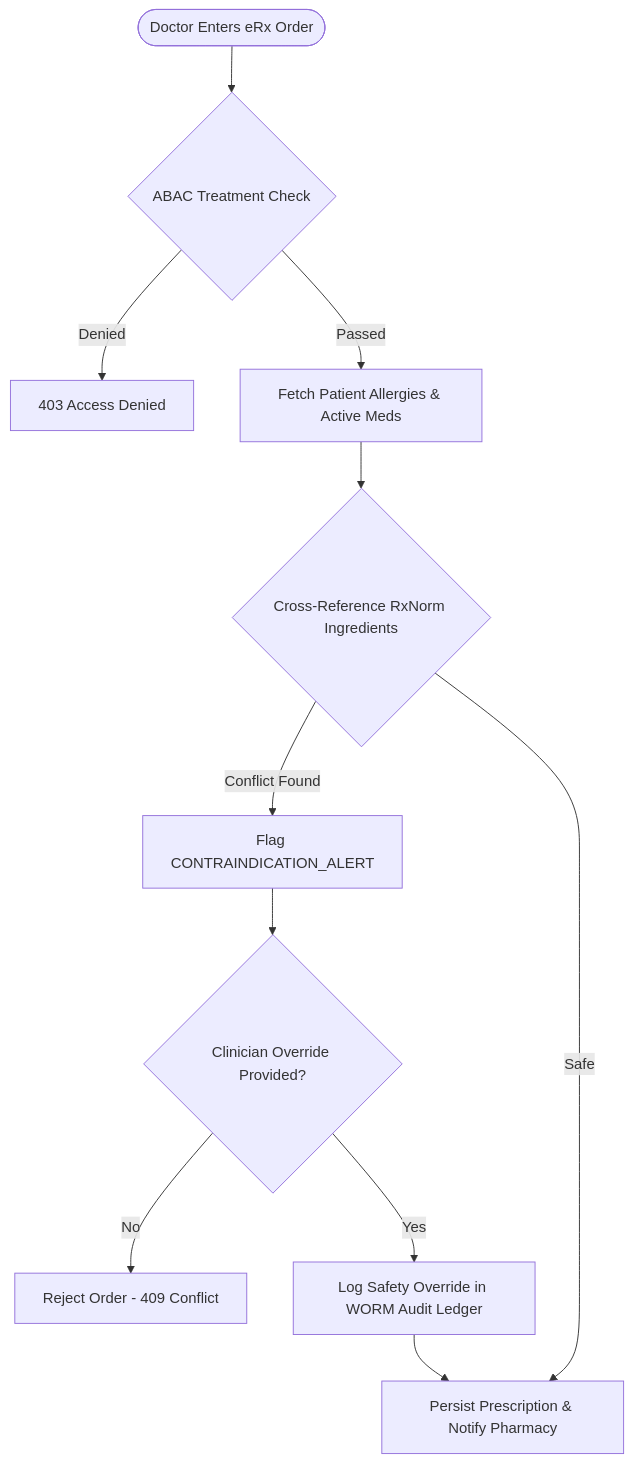
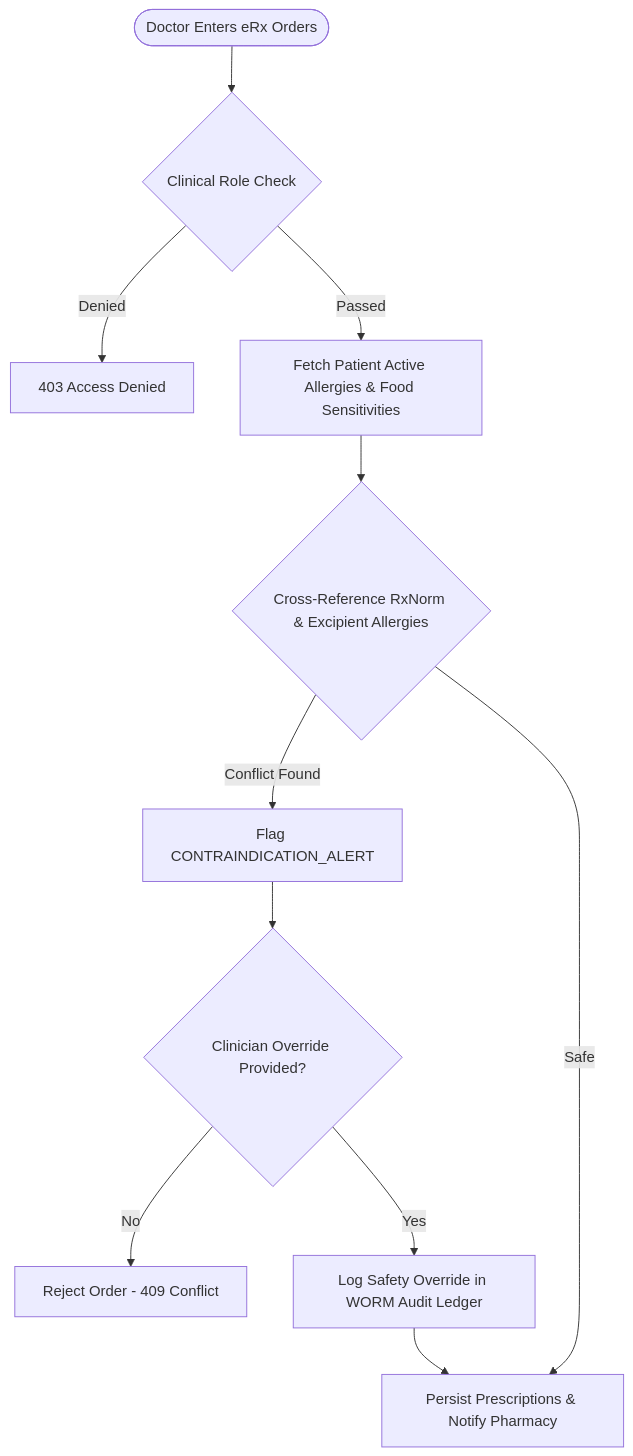
One commit to kamranxdev/Sentinel-EHR changed the second of 2 diagrams in docs/clinical/clinical-workflows-spec.md. Above: the diagram before and after it, drawn with Mermaid. The commit also changed other lines of this file and 17 other files, not shown here.

Commit message:
feat: implement nurse triage vitals intake flow and update appointment staging status to IN_CONSULTATION

````diff
--- a/docs/clinical/clinical-workflows-spec.md
+++ b/docs/clinical/clinical-workflows-spec.md
@@ -49,15 +79,15 @@
 ```mermaid
 flowchart TD
-    Start([Doctor Enters eRx Order]) --> CheckABAC{ABAC Treatment Check}
-    CheckABAC -- Denied --> Forbidden[403 Access Denied]
-    CheckABAC -- Passed --> QueryAllergies[Fetch Patient Allergies & Active Meds]
-    QueryAllergies --> RxNormMatch{Cross-Reference RxNorm Ingredients}
+    Start([Doctor Enters eRx Orders]) --> CheckRole{Clinical Role Check}
+    CheckRole -- Denied --> Forbidden[403 Access Denied]
+    CheckRole -- Passed --> FetchAllergies[Fetch Patient Active Allergies & Food Sensitivities]
+    FetchAllergies --> RxNormMatch{Cross-Reference RxNorm & Excipient Allergies}
     
     RxNormMatch -- Conflict Found --> ContraindicationAlert[Flag CONTRAINDICATION_ALERT]
     ContraindicationAlert --> OverrideCheck{Clinician Override Provided?}
     OverrideCheck -- No --> BlockOrder[Reject Order - 409 Conflict]
     OverrideCheck -- Yes --> LogOverride[Log Safety Override in WORM Audit Ledger]
     
-    RxNormMatch -- Safe --> PersistOrder[Persist Prescription & Notify Pharmacy]
+    RxNormMatch -- Safe --> PersistOrder[Persist Prescriptions & Notify Pharmacy]
     LogOverride --> PersistOrder
 ```
````
